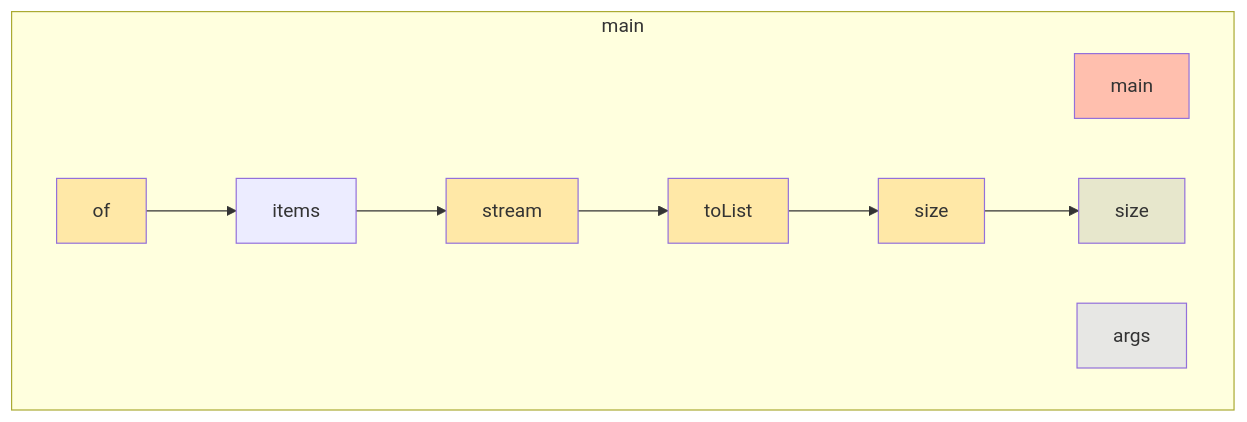
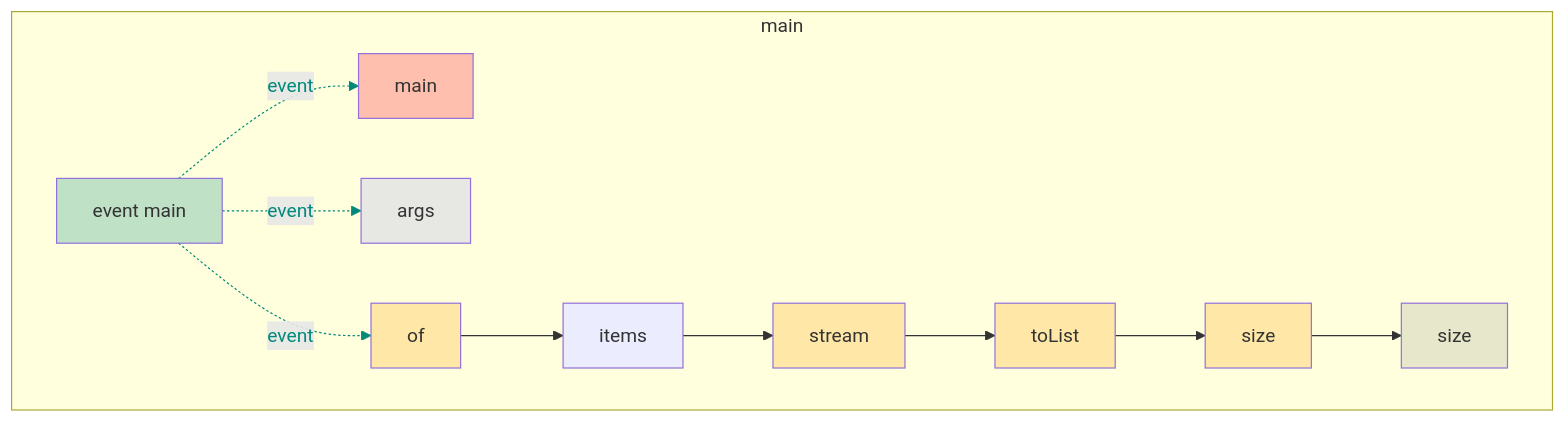
The diagram in app/src/test/resources/chainedCall/snapshot.md (gstiebler/codeflow), drawn with Mermaid before and after one commit. The commit also changed 77 other files, not shown here.

````diff
--- a/app/src/test/resources/chainedCall/snapshot.md
+++ b/app/src/test/resources/chainedCall/snapshot.md
@@ -1,25 +1,33 @@
 ```mermaid
 flowchart TD
   subgraph b0["main"]
-    n1[main]:::RETURN
-    n2[args]:::FUNC_PARAM
-    n3[of]:::EXTERNAL
-    n4[items]:::OBJ_VARIABLE
-    n5[stream]:::EXTERNAL
-    n6[toList]:::EXTERNAL
-    n7[size]:::EXTERNAL
-    n8[size]:::VARIABLE
-    n3[of]:::EXTERNAL --> n4[items]:::OBJ_VARIABLE
-    n4[items]:::OBJ_VARIABLE --> n5[stream]:::EXTERNAL
-    n5[stream]:::EXTERNAL --> n6[toList]:::EXTERNAL
-    n6[toList]:::EXTERNAL --> n7[size]:::EXTERNAL
-    n7[size]:::EXTERNAL --> n8[size]:::VARIABLE
+    n1[event main]:::EVENT
+    n2[main]:::RETURN
+    n3[args]:::FUNC_PARAM
+    n4[of]:::EXTERNAL
+    n5[items]:::OBJ_VARIABLE
+    n6[stream]:::EXTERNAL
+    n7[toList]:::EXTERNAL
+    n8[size]:::EXTERNAL
+    n9[size]:::VARIABLE
+    n1[event main]:::EVENT -. event .-> n2[main]:::RETURN
+    n1[event main]:::EVENT -. event .-> n3[args]:::FUNC_PARAM
+    n1[event main]:::EVENT -. event .-> n4[of]:::EXTERNAL
+    n4[of]:::EXTERNAL --> n5[items]:::OBJ_VARIABLE
+    n5[items]:::OBJ_VARIABLE --> n6[stream]:::EXTERNAL
+    n6[stream]:::EXTERNAL --> n7[toList]:::EXTERNAL
+    n7[toList]:::EXTERNAL --> n8[size]:::EXTERNAL
+    n8[size]:::EXTERNAL --> n9[size]:::VARIABLE
   end
+  linkStyle 0 stroke:#00897b,color:#00897b
+  linkStyle 1 stroke:#00897b,color:#00897b
+  linkStyle 2 stroke:#00897b,color:#00897b
   classDef LITERAL fill:#00FF0030
   classDef VARIABLE fill:#80808030
   classDef BIN_OP fill:#80808080
   classDef FUNC_PARAM fill:#8080FF30
   classDef RETURN fill:#FF808080
   classDef EXTERNAL fill:#FFA50040
   classDef UNMODELLED fill:#FF000030,stroke-dasharray: 4 2
+  classDef EVENT fill:#00897B40
 ```
````
